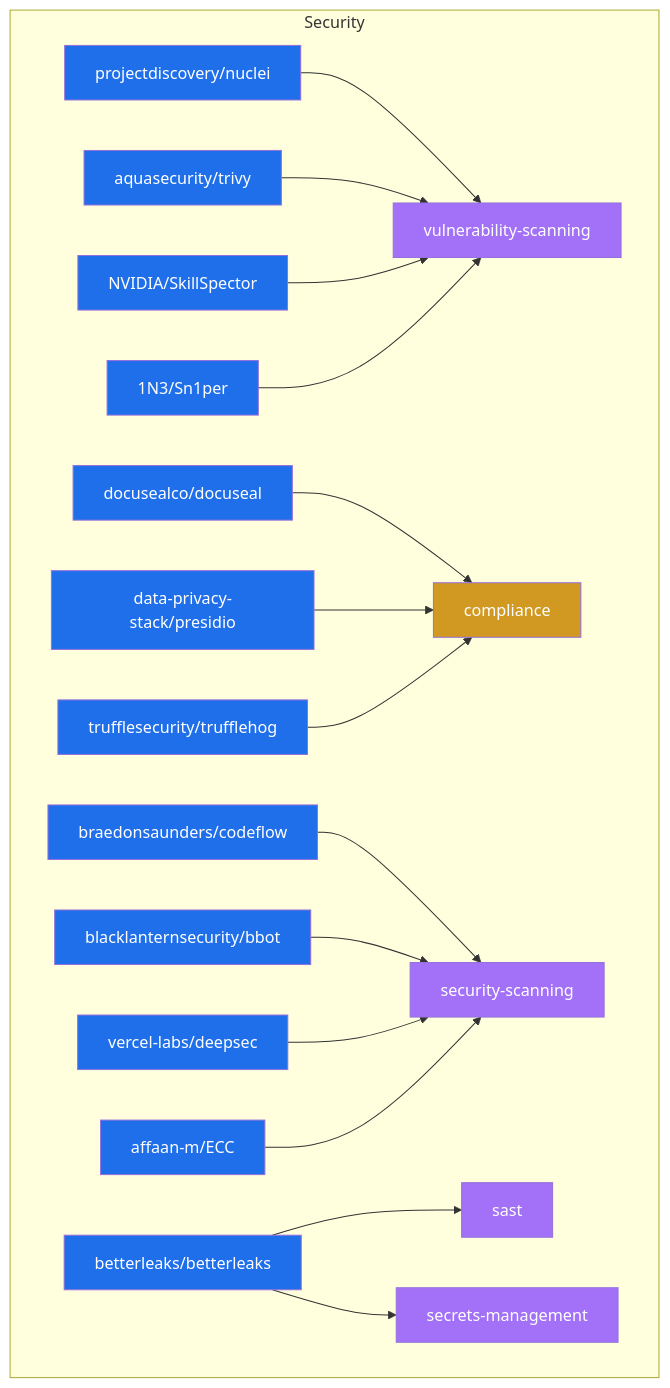
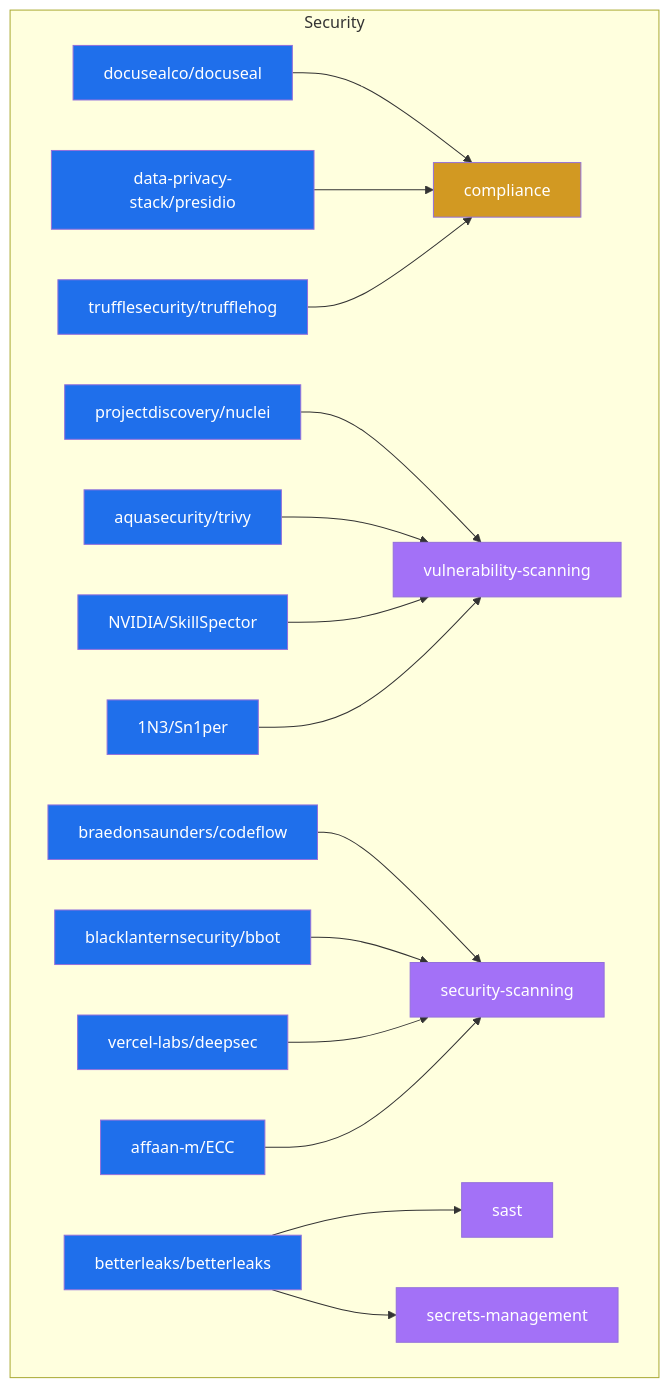
The diagram in data/star_graph_security.mermaid (Meru143/star-graph), drawn with Mermaid before and after one commit. The commit also changed other lines of this file and 15 other files, not shown here.

```diff
--- a/data/star_graph_security.mermaid
+++ b/data/star_graph_security.mermaid
@@ -1,38 +1,38 @@
 graph TD
   subgraph security ["Security"]
-    vulnerability_scanning["vulnerability-scanning"]:::topic
-    braedonsaunders_codeflow["braedonsaunders/codeflow"]:::repo
-    secrets_management["secrets-management"]:::topic
+    NVIDIA_SkillSpector["NVIDIA/SkillSpector"]:::repo
     data_privacy_stack_presidio["data-privacy-stack/presidio"]:::repo
+    affaan_m_ECC["affaan-m/ECC"]:::repo
     projectdiscovery_nuclei["projectdiscovery/nuclei"]:::repo
-    vercel_labs_deepsec["vercel-labs/deepsec"]:::repo
-    sast["sast"]:::topic
-    security_scanning["security-scanning"]:::topic
-    docusealco_docuseal["docusealco/docuseal"]:::repo
-    betterleaks_betterleaks["betterleaks/betterleaks"]:::repo
-    trufflesecurity_trufflehog["trufflesecurity/trufflehog"]:::repo
-    affaan_m_ECC["affaan-m/ECC"]:::repo
-    blacklanternsecurity_bbot["blacklanternsecurity/bbot"]:::repo
-    compliance["compliance"]:::use_case
-    NVIDIA_SkillSpector["NVIDIA/SkillSpector"]:::repo
     aquasecurity_trivy["aquasecurity/trivy"]:::repo
     1N3_Sn1per["1N3/Sn1per"]:::repo
+    compliance["compliance"]:::use_case
+    betterleaks_betterleaks["betterleaks/betterleaks"]:::repo
+    security_scanning["security-scanning"]:::topic
+    vulnerability_scanning["vulnerability-scanning"]:::topic
+    docusealco_docuseal["docusealco/docuseal"]:::repo
+    blacklanternsecurity_bbot["blacklanternsecurity/bbot"]:::repo
+    trufflesecurity_trufflehog["trufflesecurity/trufflehog"]:::repo
+    secrets_management["secrets-management"]:::topic
+    braedonsaunders_codeflow["braedonsaunders/codeflow"]:::repo
+    sast["sast"]:::topic
+    vercel_labs_deepsec["vercel-labs/deepsec"]:::repo
   end
   docusealco_docuseal --> compliance
   projectdiscovery_nuclei --> vulnerability_scanning
   data_privacy_stack_presidio --> compliance
   aquasecurity_trivy --> vulnerability_scanning
   NVIDIA_SkillSpector --> vulnerability_scanning
   braedonsaunders_codeflow --> security_scanning
   trufflesecurity_trufflehog --> compliance
   1N3_Sn1per --> vulnerability_scanning
   betterleaks_betterleaks --> sast
   betterleaks_betterleaks --> secrets_management
   blacklanternsecurity_bbot --> security_scanning
   vercel_labs_deepsec --> security_scanning
   affaan_m_ECC --> security_scanning
   classDef repo fill:#1f6feb,color:#fff;
   classDef topic fill:#a371f7,color:#fff;
   classDef technology fill:#3fb950,color:#fff;
   classDef use_case fill:#d29922,color:#fff;
   classDef architecture fill:#f85149,color:#fff;
```
